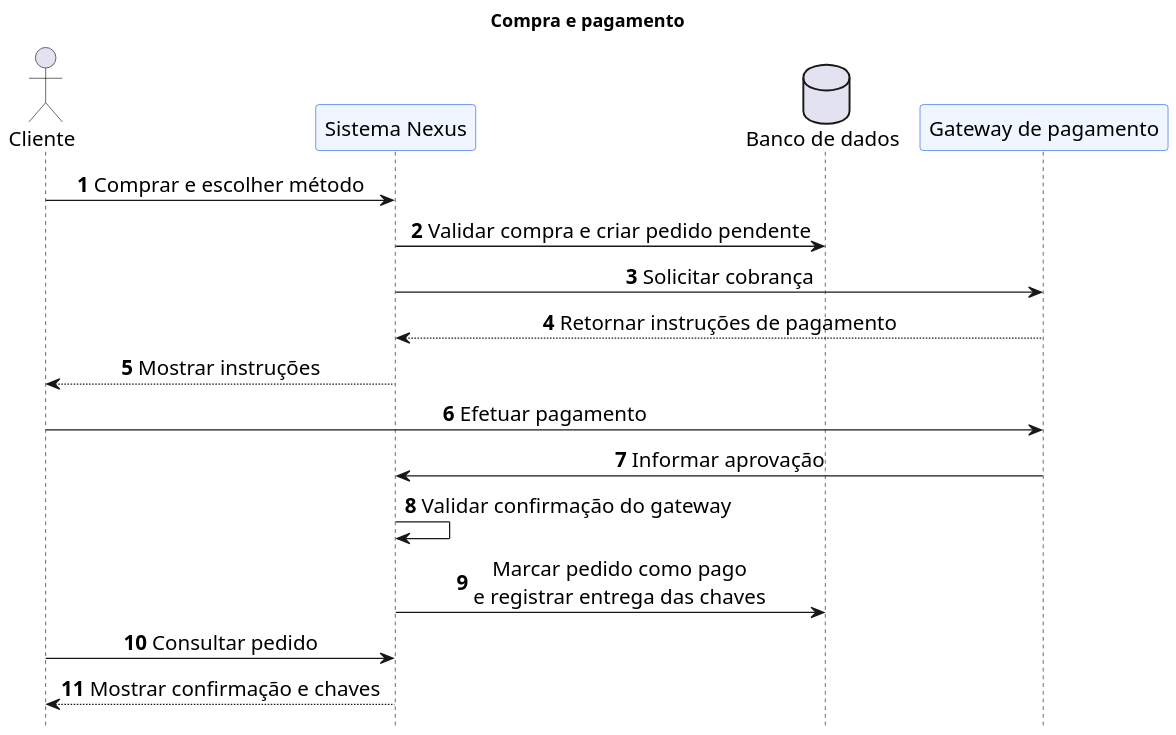
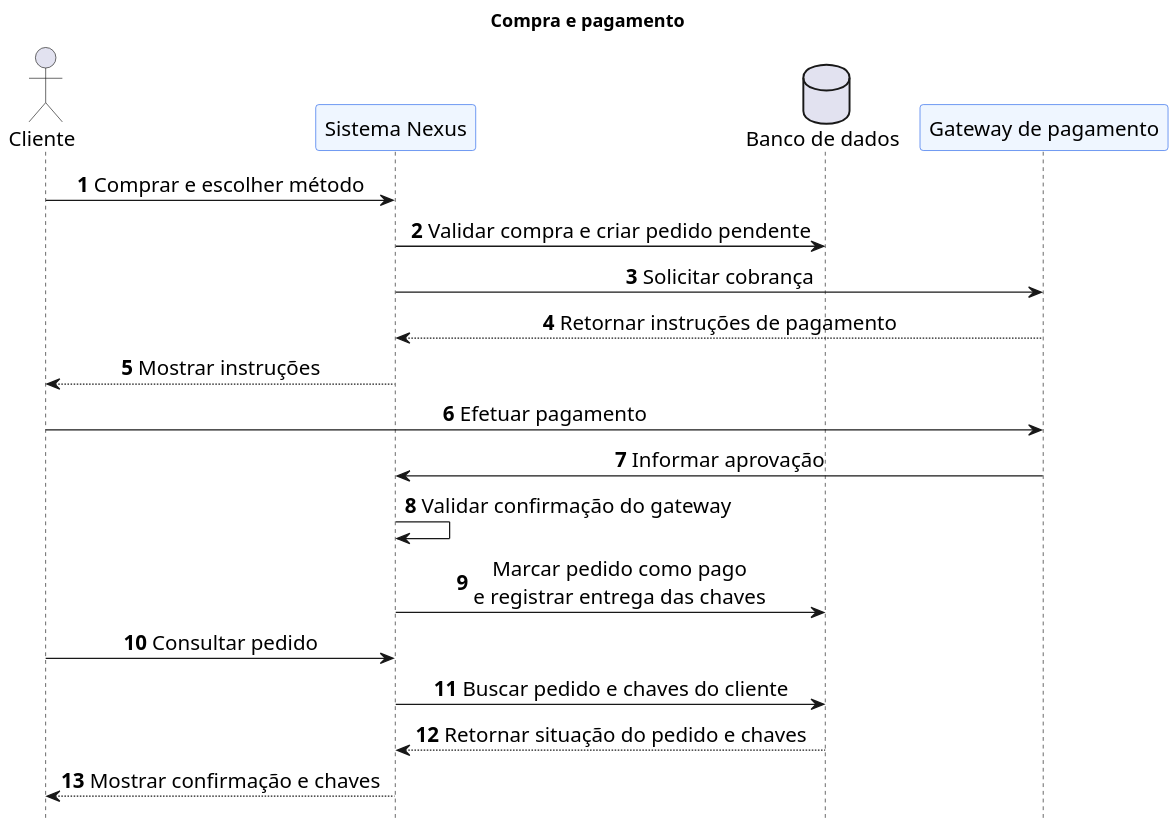
Before and after one commit to Mumurilo375/nexusFull: the diagram in documentacao/evolucao/diagramas/03-sequencia-pagamento.puml, drawn with PlantUML. The commit also changed 10 other files, not shown here.

```diff
--- a/documentacao/evolucao/diagramas/03-sequencia-pagamento.puml
+++ b/documentacao/evolucao/diagramas/03-sequencia-pagamento.puml
@@ -1,30 +1,32 @@
 @startuml
 skinparam backgroundColor white
 skinparam shadowing false
 skinparam defaultFontName SansSerif
 skinparam defaultFontSize 16
 skinparam dpi 160
 skinparam sequenceMessageAlign center
 skinparam ParticipantBackgroundColor #EFF6FF
 skinparam ParticipantBorderColor #2563EB
 skinparam LifeLineBorderColor #94A3B8
 hide footbox
 autonumber
 title Compra e pagamento
 actor Cliente as C
 participant "Sistema Nexus" as N
 database "Banco de dados" as B
 participant "Gateway de pagamento" as G
 
 C -> N : Comprar e escolher método
 N -> B : Validar compra e criar pedido pendente
 N -> G : Solicitar cobrança
 G --> N : Retornar instruções de pagamento
 N --> C : Mostrar instruções
 C -> G : Efetuar pagamento
 G -> N : Informar aprovação
 N -> N : Validar confirmação do gateway
 N -> B : Marcar pedido como pago\ne registrar entrega das chaves
 C -> N : Consultar pedido
+N -> B : Buscar pedido e chaves do cliente
+B --> N : Retornar situação do pedido e chaves
 N --> C : Mostrar confirmação e chaves
 @enduml
```
